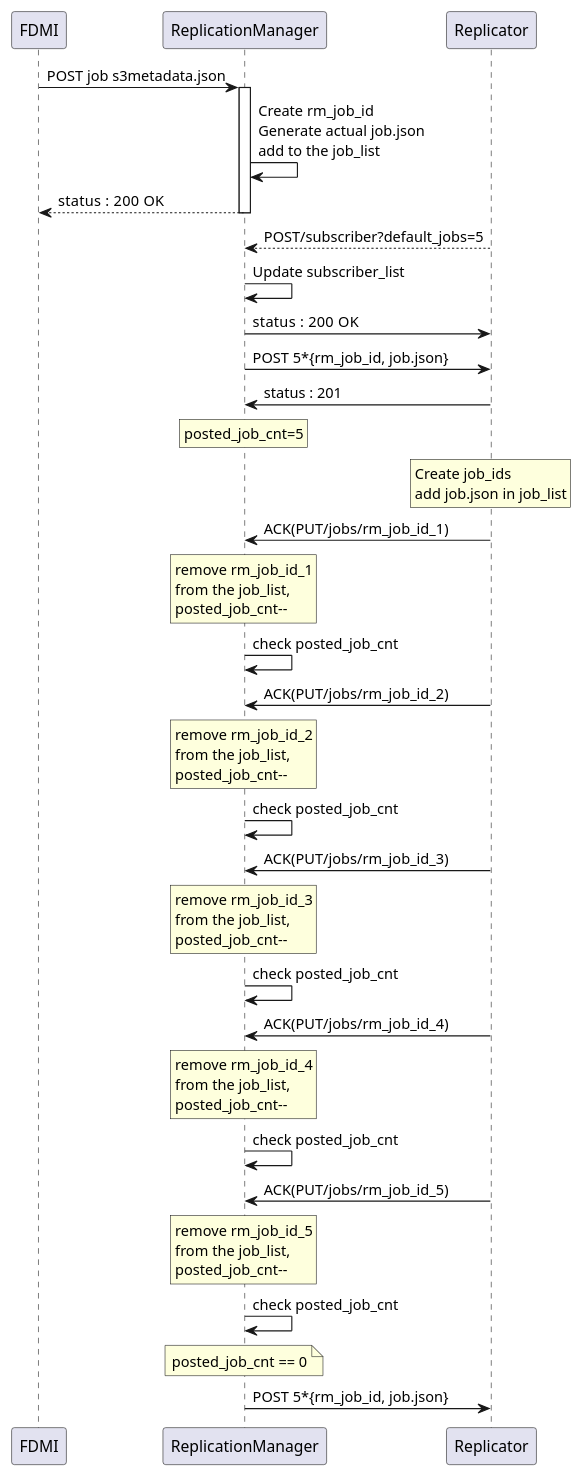
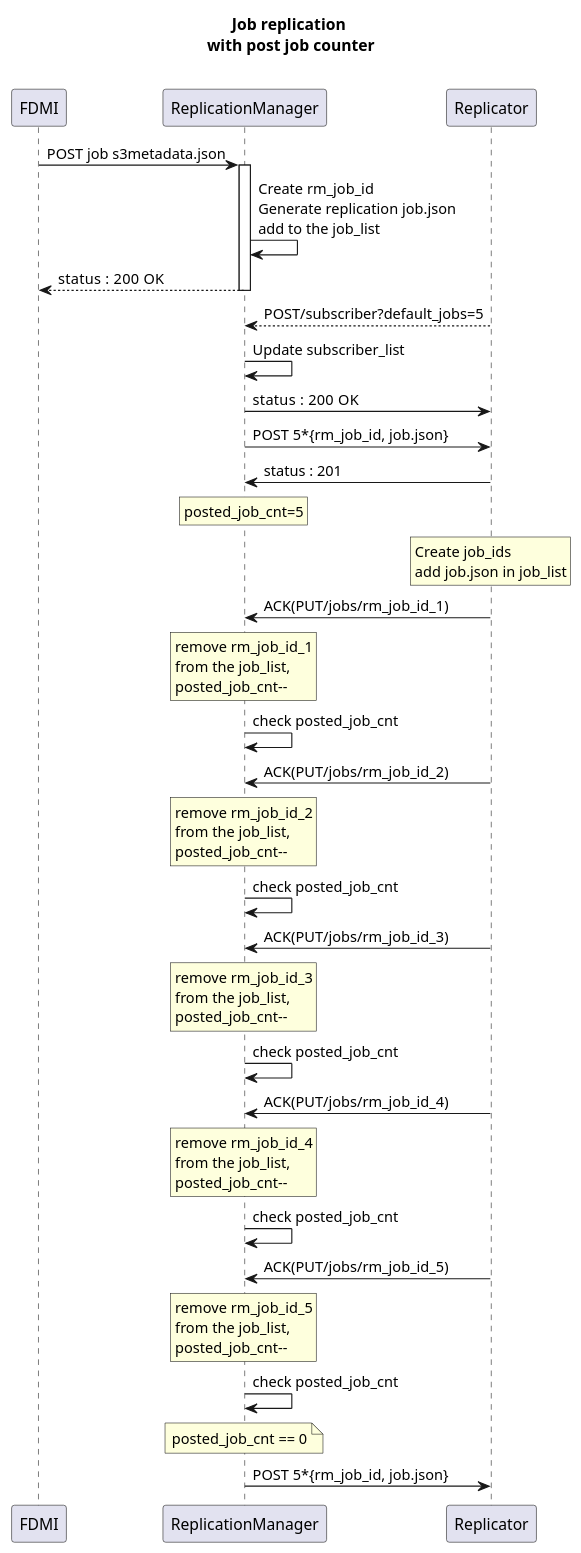
Before and after one commit to Seagate/cortx-multisite: the diagram in s3/replication/doc/replication_with_post_job_counter.plantuml, drawn with PlantUML. The commit also changed 1 other file, not shown here.

Commit message:
Add titles to plantuml diagrams and Improved readability

```diff
--- a/s3/replication/doc/replication_with_post_job_counter.plantuml
+++ b/s3/replication/doc/replication_with_post_job_counter.plantuml
@@ -1,30 +1,49 @@
 @startuml
+
+title Job replication \nwith post job counter\n
+
 FDMI -> ReplicationManager: POST job s3metadata.json
 activate ReplicationManager
-ReplicationManager -> ReplicationManager : Create rm_job_id\nGenerate actual job.json\nadd to the job_list
+ReplicationManager -> ReplicationManager : Create rm_job_id\nGenerate replication job.json\nadd to the job_list
 return status :  200 OK
+
 ReplicationManager <-- Replicator: POST/subscriber?default_jobs=5
 ReplicationManager -> ReplicationManager : Update subscriber_list
 ReplicationManager -> Replicator: status :  200 OK
+
 ReplicationManager -> Replicator: POST 5*{rm_job_id, job.json}
 Replicator -> ReplicationManager: status : 201
+
 rnote over ReplicationManager: posted_job_cnt=5
+
 rnote over Replicator: Create job_ids\nadd job.json in job_list
+
 Replicator -> ReplicationManager: ACK(PUT/jobs/rm_job_id_1)
 rnote over ReplicationManager: remove rm_job_id_1\nfrom the job_list,\nposted_job_cnt--
+
 ReplicationManager -> ReplicationManager: check posted_job_cnt
+
 Replicator -> ReplicationManager: ACK(PUT/jobs/rm_job_id_2)
 rnote over ReplicationManager: remove rm_job_id_2\nfrom the job_list,\nposted_job_cnt--
+
 ReplicationManager -> ReplicationManager: check posted_job_cnt
+
 Replicator -> ReplicationManager: ACK(PUT/jobs/rm_job_id_3)
 rnote over ReplicationManager: remove rm_job_id_3\nfrom the job_list,\nposted_job_cnt--
+
 ReplicationManager -> ReplicationManager: check posted_job_cnt
+
 Replicator -> ReplicationManager: ACK(PUT/jobs/rm_job_id_4)
 rnote over ReplicationManager: remove rm_job_id_4\nfrom the job_list,\nposted_job_cnt--
+
 ReplicationManager -> ReplicationManager: check posted_job_cnt
+
 Replicator -> ReplicationManager: ACK(PUT/jobs/rm_job_id_5)
 rnote over ReplicationManager: remove rm_job_id_5\nfrom the job_list,\nposted_job_cnt--
+
 ReplicationManager -> ReplicationManager: check posted_job_cnt
 note over ReplicationManager: posted_job_cnt == 0
+
 ReplicationManager -> Replicator: POST 5*{rm_job_id, job.json}
+
 @enduml
```
